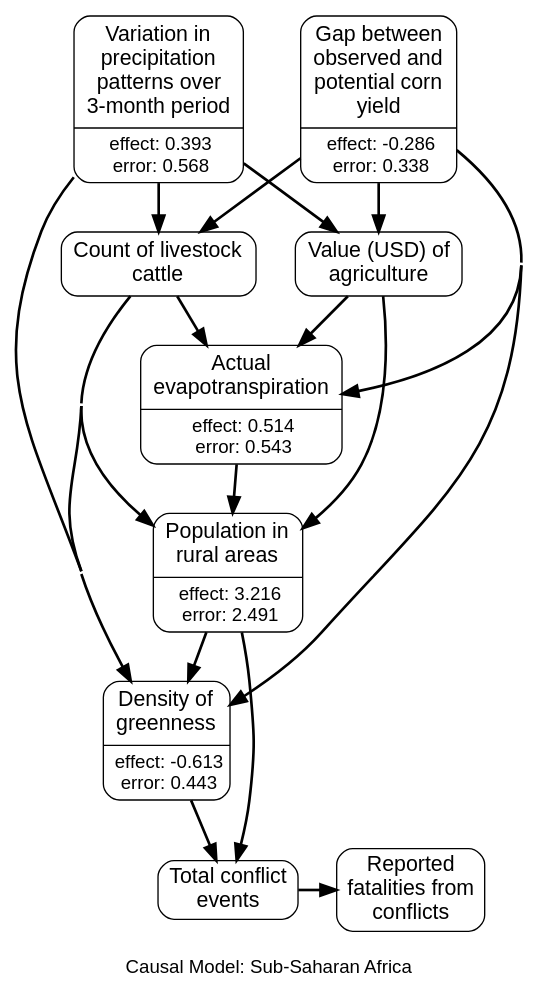
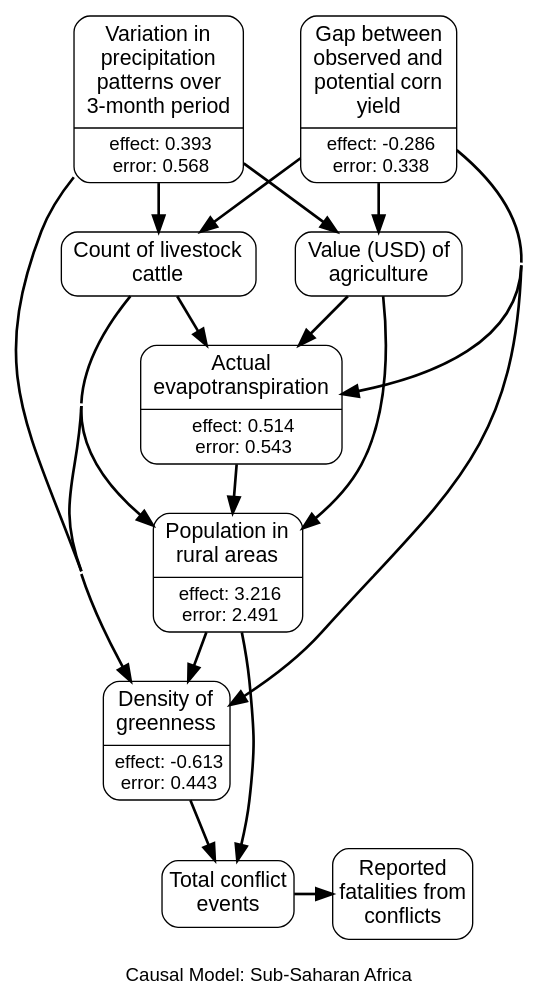
Before and after one commit to wri/wri-wpsi: the diagram in app/javascript/images/regions/causal_graphs/sub-saharan_africa.gv, drawn with Graphviz. The commit also changed 14 other files, not shown here.

```diff
--- a/app/javascript/images/regions/causal_graphs/sub-saharan_africa.gv
+++ b/app/javascript/images/regions/causal_graphs/sub-saharan_africa.gv
@@ -1,75 +1,75 @@
 # generated file for region: sub-saharan_africa by CausalModelRegionGenerator
 strict digraph causalModel {
 fontname="Helvetica, Arial, sans-serif";
 label="
 Causal Model: Sub-Saharan Africa";
 labelloc = b;
 nodesep = 0.4;
 concentrate = true;
 node[shape = Mrecord, fontname = "Helvetica, Arial, sans-serif", margin = "0.10,0.06", penwidth = 1.0];
 edge[arrowsize = 1.2, penwidth = 2];
 
 # nodes
 et_actl_m_MAX_m [label = <{<table align="center" border="0" cellspacing="1" cellpadding="1">
 <tr><td><font point-size="16">Actual<br/>evapotranspiration<br/></font></td></tr>
 </table>
 |<table border="0" cellspacing="1" cellpadding="0.5"><tr><td><font point-size="14">effect: 0.514</font></td></tr>
 <tr><td><font point-size="14">error: 0.543</font></td></tr></table>}>, class = rankB];
 cattle_number_s [label = <<table align="center" border="0" cellspacing="1" cellpadding="1">
 <tr><td><font point-size="16">Count of livestock<br/>cattle<br/></font></td></tr>
 </table>
 >, class = rankB];
 spi_3_m [label = <{<table align="center" border="0" cellspacing="1" cellpadding="1">
 <tr><td><font point-size="16">Variation in<br/>precipitation<br/>patterns over<br/>3-month period<br/></font></td></tr>
 </table>
 |<table border="0" cellspacing="1" cellpadding="0.5"><tr><td><font point-size="14">effect: 0.393</font></td></tr>
 <tr><td><font point-size="14">error: 0.568</font></td></tr></table>}>, class = rankA];
 spam_V_agg_t_sum_s [label = <<table align="center" border="0" cellspacing="1" cellpadding="1">
 <tr><td><font point-size="16">Value (USD) of<br/>agriculture<br/></font></td></tr>
 </table>
 >, class = rankB];
 yield_gap_maize_s [label = <{<table align="center" border="0" cellspacing="1" cellpadding="1">
 <tr><td><font point-size="16">Gap between<br/>observed and<br/>potential corn<br/>yield<br/></font></td></tr>
 </table>
 |<table border="0" cellspacing="1" cellpadding="0.5"><tr><td><font point-size="14">effect: -0.286</font></td></tr>
 <tr><td><font point-size="14">error: 0.338</font></td></tr></table>}>, class = rankA];
 rurpop_s [label = <{<table align="center" border="0" cellspacing="1" cellpadding="1">
 <tr><td><font point-size="16">Population in<br/>rural areas<br/></font></td></tr>
 </table>
 |<table border="0" cellspacing="1" cellpadding="0.5"><tr><td><font point-size="14">effect: 3.216</font></td></tr>
 <tr><td><font point-size="14">error: 2.491</font></td></tr></table>}>, class = rankB];
 ndvi_act_min_m [label = <{<table align="center" border="0" cellspacing="1" cellpadding="1">
 <tr><td><font point-size="16">Density of<br/>greenness<br/></font></td></tr>
 </table>
 |<table border="0" cellspacing="1" cellpadding="0.5"><tr><td><font point-size="14">effect: -0.613</font></td></tr>
 <tr><td><font point-size="14">error: 0.443</font></td></tr></table>}>, class = rankB];
 acl_sum_evnt_m [label = "Total conflict
-events", class = rankC, shape=box, style=rounded, fontsize="16pt"];
+events" class = rankC shape=box style=rounded fontsize="16pt" margin = "0.05,0.10"];
 acl_sum_fatl_m [label = "Reported
 fatalities from
-conflicts", class = rankC, shape=box, style=rounded, fontsize="16pt"];
+conflicts" class = rankC shape=box style=rounded fontsize="16pt" margin = "0.05,0.10"];
 
 #ranks
 {rank=same; spi_3_m yield_gap_maize_s; }
 {rank=same; acl_sum_evnt_m acl_sum_fatl_m; }
 
 # links
 et_actl_m_MAX_m -> rurpop_s;
 cattle_number_s -> et_actl_m_MAX_m;
 cattle_number_s -> rurpop_s;
 cattle_number_s -> ndvi_act_min_m;
 spi_3_m -> cattle_number_s;
 spi_3_m -> spam_V_agg_t_sum_s;
 spi_3_m -> ndvi_act_min_m;
 spam_V_agg_t_sum_s -> et_actl_m_MAX_m;
 spam_V_agg_t_sum_s -> rurpop_s;
 yield_gap_maize_s -> et_actl_m_MAX_m;
 yield_gap_maize_s -> cattle_number_s;
 yield_gap_maize_s -> spam_V_agg_t_sum_s;
 yield_gap_maize_s -> ndvi_act_min_m;
 rurpop_s -> ndvi_act_min_m;
 rurpop_s -> acl_sum_evnt_m;
 ndvi_act_min_m -> acl_sum_evnt_m;
 acl_sum_evnt_m -> acl_sum_fatl_m;
 
 }
```
